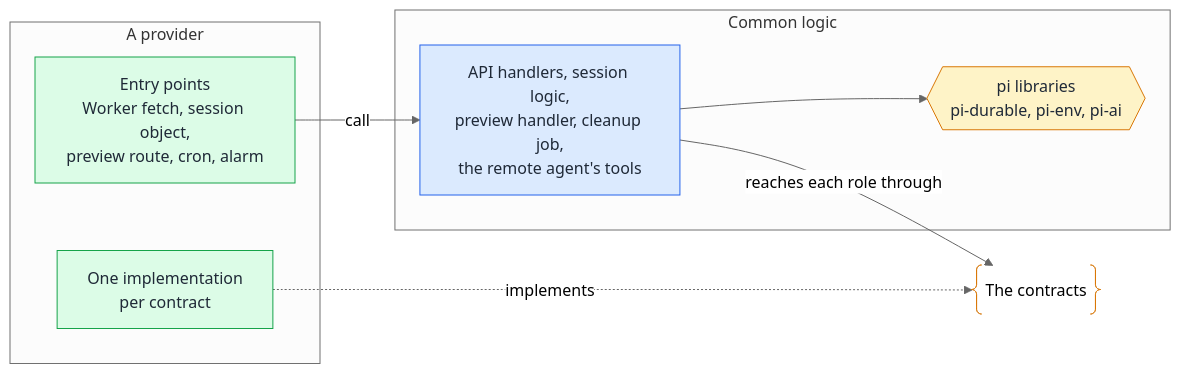
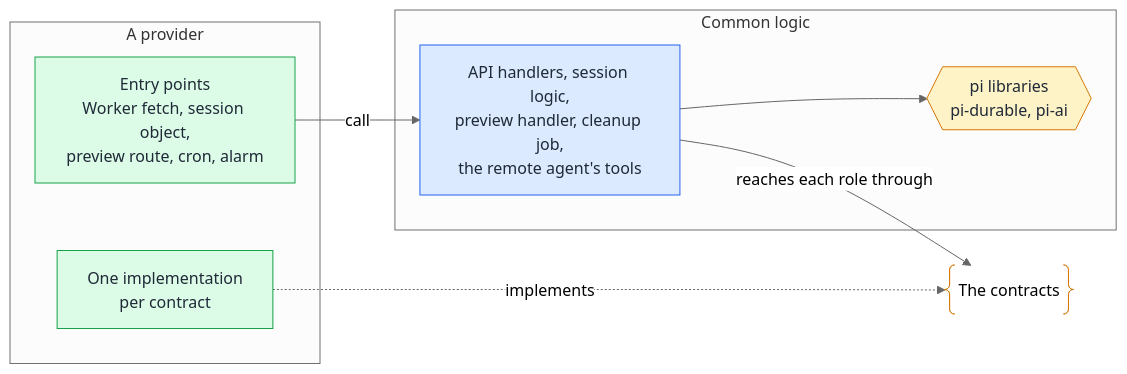
Before and after one commit to asermax/tentacles: the second of 2 diagrams in docs/technical-design/runtime-components.md, drawn with Mermaid (neutral theme). The commit also changed other lines of this file and 14 other files, not shown here.

````diff
--- a/docs/technical-design/runtime-components.md
+++ b/docs/technical-design/runtime-components.md
@@ -119,24 +85,24 @@
 ```mermaid
 flowchart LR
     subgraph setup["A provider"]
         In@{ shape: rect, label: "Entry points<br/>Worker fetch, session object,<br/>preview route, cron, alarm" }
         Impl@{ shape: rect, label: "One implementation<br/>per contract" }
     end
     subgraph core["Common logic"]
         Logic@{ shape: rect, label: "API handlers, session logic,<br/>preview handler, cleanup job,<br/>the remote agent's tools" }
-        Pi@{ shape: hex, label: "pi libraries<br/>pi-durable, pi-env, pi-ai" }
+        Pi@{ shape: hex, label: "pi libraries<br/>pi-durable, pi-ai" }
         Logic --> Pi
     end
     Contracts@{ shape: braces, label: "The contracts" }
     In -->|"call"| Logic
     Logic -->|"reaches each role through"| Contracts
     Impl -.->|"implements"| Contracts
     classDef blue fill:#dbeafe,stroke:#2563eb,color:#1f2937
     classDef green fill:#dcfce7,stroke:#16a34a,color:#1f2937
     classDef amber fill:#fef3c7,stroke:#d97706,color:#1f2937
     classDef payload stroke:#d97706
     class Logic blue
     class Pi amber
     class Contracts payload
     class In,Impl green
 ```
````
